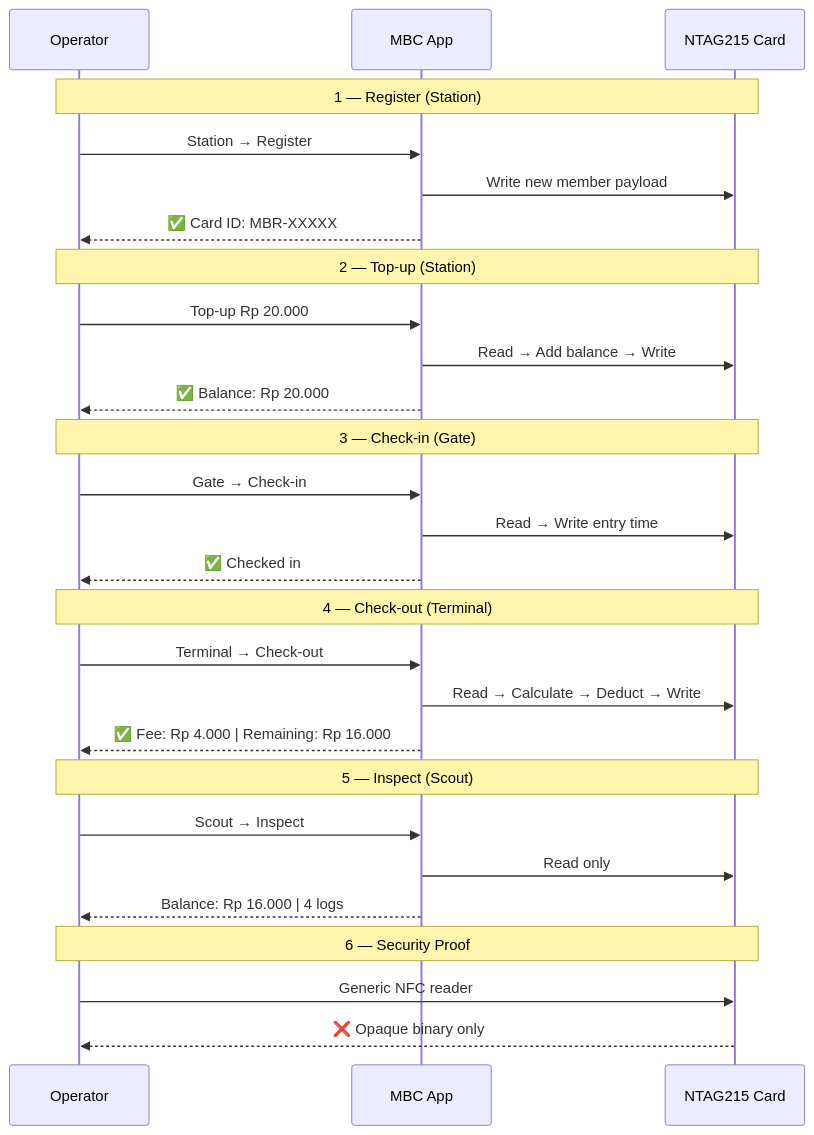
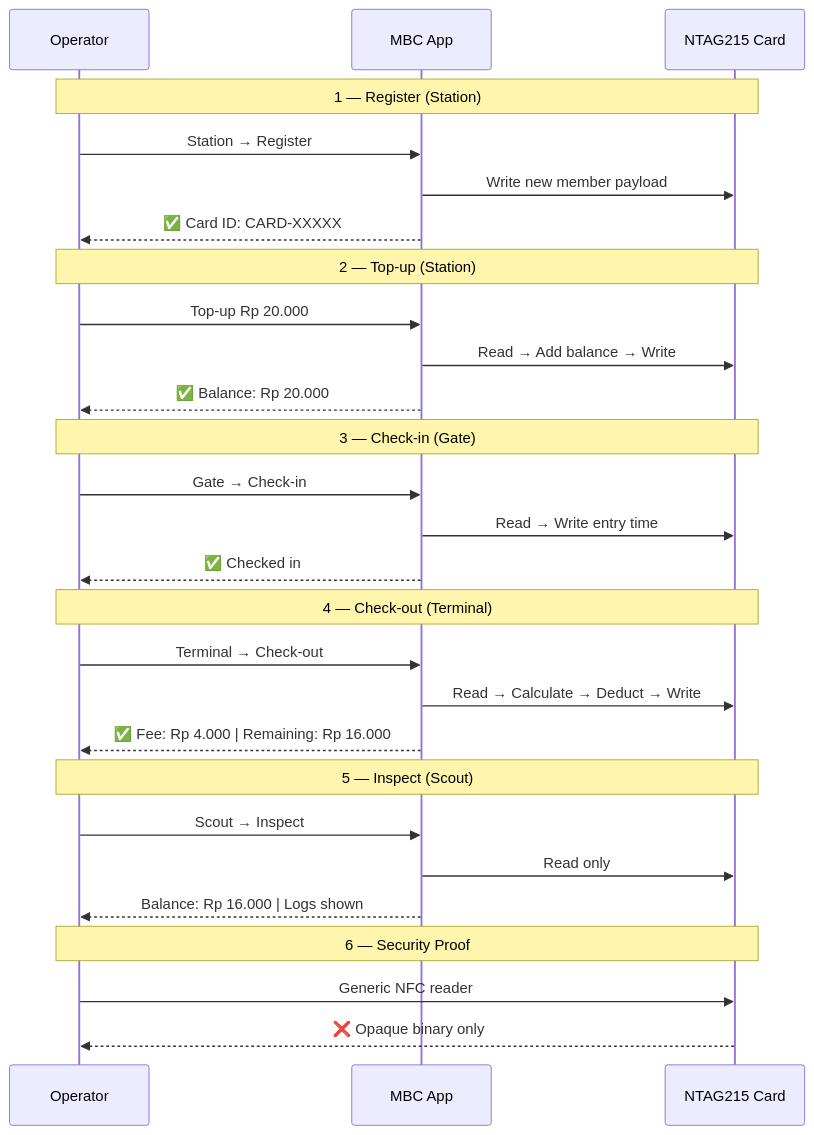
Diagram 15 of 15 in docs/PRESENTATION.md (Schitzos/mbc-nfc), drawn with Mermaid before and after one commit. The commit also changed other lines of this file, not shown here.

````diff
--- a/docs/PRESENTATION.md
+++ b/docs/PRESENTATION.md
@@ -902,35 +980,35 @@
 ```mermaid
 sequenceDiagram
     participant User as Operator
     participant App as MBC App
     participant Card as NTAG215 Card
 
     Note over User,Card: 1 — Register (Station)
     User->>App: Station → Register
     App->>Card: Write new member payload
-    App-->>User: ✅ Card ID: MBR-XXXXX
+    App-->>User: ✅ Card ID: CARD-XXXXX
 
     Note over User,Card: 2 — Top-up (Station)
     User->>App: Top-up Rp 20.000
     App->>Card: Read → Add balance → Write
     App-->>User: ✅ Balance: Rp 20.000
 
     Note over User,Card: 3 — Check-in (Gate)
     User->>App: Gate → Check-in
     App->>Card: Read → Write entry time
     App-->>User: ✅ Checked in
 
     Note over User,Card: 4 — Check-out (Terminal)
     User->>App: Terminal → Check-out
     App->>Card: Read → Calculate → Deduct → Write
     App-->>User: ✅ Fee: Rp 4.000 | Remaining: Rp 16.000
 
     Note over User,Card: 5 — Inspect (Scout)
     User->>App: Scout → Inspect
     App->>Card: Read only
-    App-->>User: Balance: Rp 16.000 | 4 logs
+    App-->>User: Balance: Rp 16.000 | Logs shown
 
     Note over User,Card: 6 — Security Proof
     User->>Card: Generic NFC reader
     Card-->>User: ❌ Opaque binary only
 ```
````
